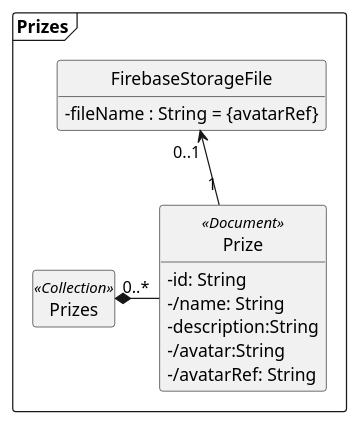
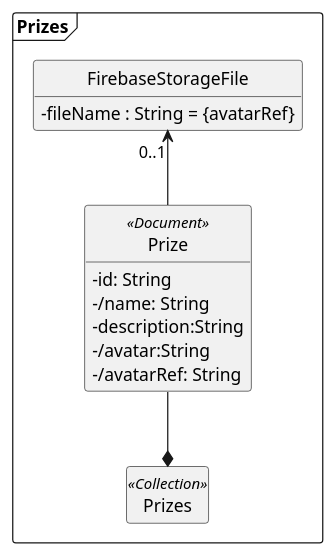
One commit to Cramer-0xbit/route66-plantuml changed the diagram in Prizes.wsd. Above: the diagram before and after it, drawn with PlantUML. The commit also changed 5 other files, not shown here.

```diff
--- a/Prizes.wsd
+++ b/Prizes.wsd
@@ -2,27 +2,23 @@
 @startuml Prizes
 
 package Prizes <<Frame>> {
  class FirebaseStorageFile {
     - fileName : String = {avatarRef}
 }
 
  class Prizes <<Collection>>
  class Prize <<Document>>{
      - id: String
      - /name: String
      - description:String
      - /avatar:String
      - /avatarRef: String    
  }
-
-
- FirebaseStorageFile "0..1"<--"1"Prize
- Prizes*-"0..*" Prize
-
-
+ FirebaseStorageFile "0..1"<--Prize
+ Prizes*-up- Prize
 }
 
 hide empty members   
 hide circle
 skinparam classAttributeIconSize 0
 @enduml
```
